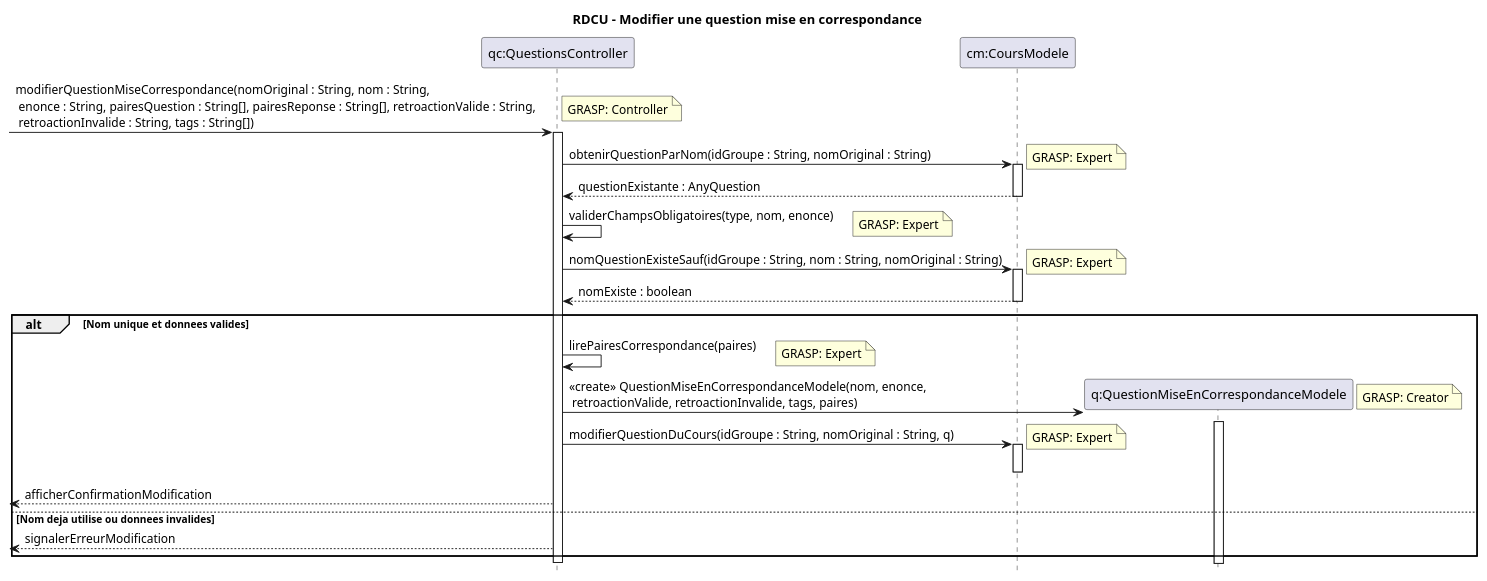
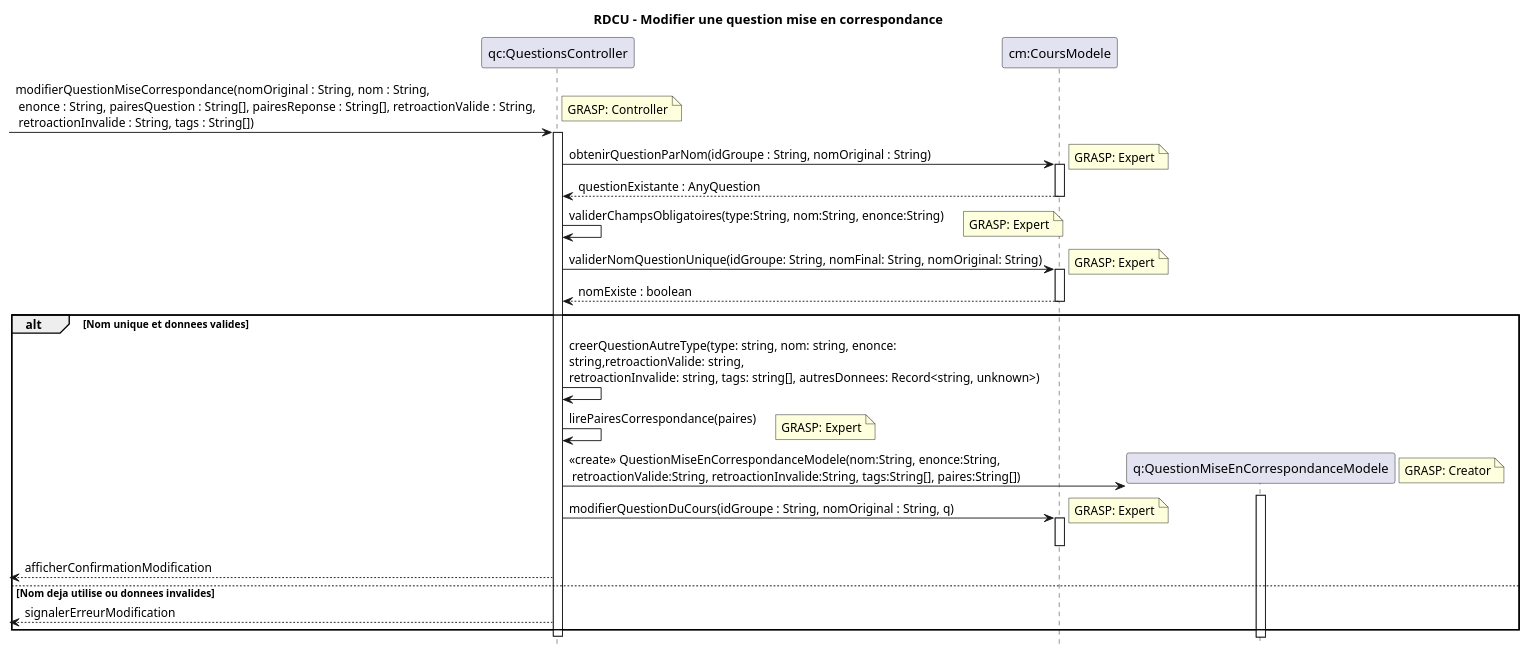
The diagram in docs/modeles/cu02/rdcu-modifier-question-mise-en-correspondance.puml (xMrYahya/moodle-clone), drawn with PlantUML before and after one commit. The commit also changed 11 other files, not shown here.

Commit message:
Modifications du rapport et de diagrammes

```diff
--- a/docs/modeles/cu02/rdcu-modifier-question-mise-en-correspondance.puml
+++ b/docs/modeles/cu02/rdcu-modifier-question-mise-en-correspondance.puml
@@ -1,49 +1,52 @@
 @startuml
 hide footbox
 title RDCU - Modifier une question mise en correspondance
 
 participant "qc:QuestionsController" as QC
 participant "cm:CoursModele" as CM
 participant "q:QuestionMiseEnCorrespondanceModele" as Q
 
 -> QC : modifierQuestionMiseCorrespondance(nomOriginal : String, nom : String,\n enonce : String, pairesQuestion : String[], pairesReponse : String[], retroactionValide : String,\n retroactionInvalide : String, tags : String[])
 note right: GRASP: Controller
 activate QC
 
 QC -> CM : obtenirQuestionParNom(idGroupe : String, nomOriginal : String)
 note right: GRASP: Expert
 activate CM
 CM --> QC : questionExistante : AnyQuestion
 deactivate CM
 
-QC -> QC : validerChampsObligatoires(type, nom, enonce)
+QC -> QC : validerChampsObligatoires(type:String, nom:String, enonce:String)
 note right: GRASP: Expert
 
-QC -> CM : nomQuestionExisteSauf(idGroupe : String, nom : String, nomOriginal : String)
+QC -> CM : validerNomQuestionUnique(idGroupe: String, nomFinal: String, nomOriginal: String)
 note right: GRASP: Expert
 activate CM
 CM --> QC : nomExiste : boolean
 deactivate CM
 
 alt Nom unique et donnees valides
+  QC -> QC : creerQuestionAutreType(type: string, nom: string, enonce: \nstring,retroactionValide: string, \nretroactionInvalide: string, tags: string[], autresDonnees: Record<string, unknown>)
+
+
   QC -> QC : lirePairesCorrespondance(paires)
   note right: GRASP: Expert
 
   create Q
-  QC -> Q : <<create>> QuestionMiseEnCorrespondanceModele(nom, enonce,\n retroactionValide, retroactionInvalide, tags, paires)
+  QC -> Q : <<create>> QuestionMiseEnCorrespondanceModele(nom:String, enonce:String,\n retroactionValide:String, retroactionInvalide:String, tags:String[], paires:String[])
   note right: GRASP: Creator
   activate Q
   deactivate Q
 
   QC -> CM : modifierQuestionDuCours(idGroupe : String, nomOriginal : String, q)
   note right: GRASP: Expert
   activate CM
   deactivate CM
 
   <-- QC : afficherConfirmationModification
 else Nom deja utilise ou donnees invalides
   <-- QC : signalerErreurModification
 end
 
 deactivate QC
 @enduml
```
